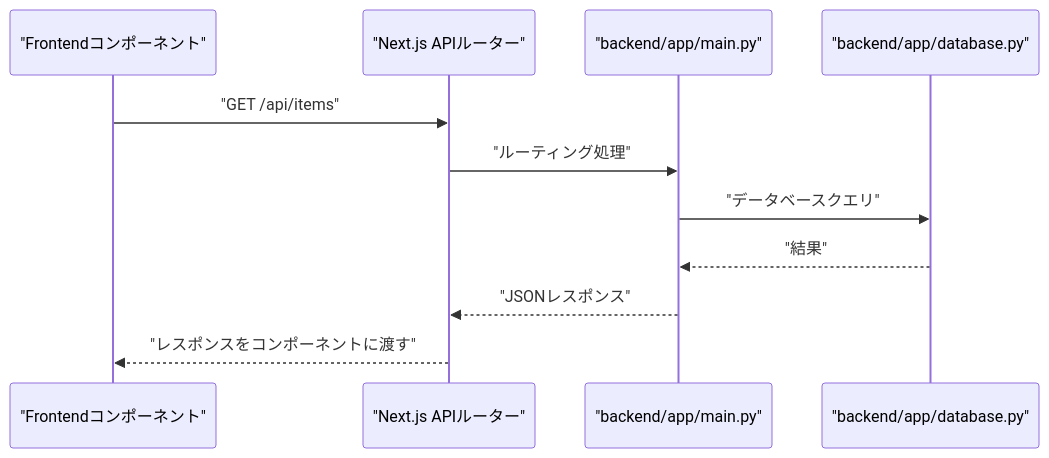
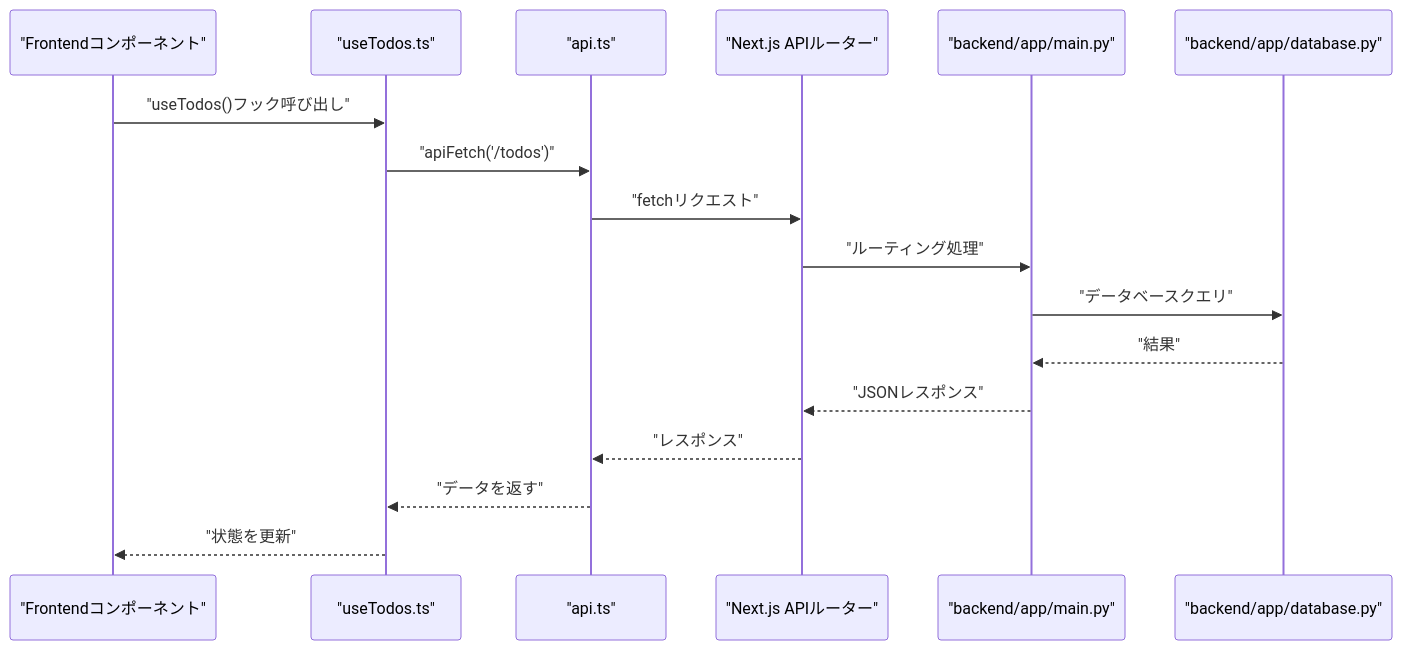
The fourth of 5 diagrams in .qoder/repowiki/ja/content/アーキテクチャ/フロントエンドアーキテクチャ.md (ss8806/Todos), drawn with Mermaid before and after one commit. The commit also changed other lines of this file and 6 other files, not shown here.

````diff
--- a/.qoder/repowiki/ja/content/アーキテクチャ/フロントエンドアーキテクチャ.md
+++ b/.qoder/repowiki/ja/content/アーキテクチャ/フロントエンドアーキテクチャ.md
@@ -199,13 +274,19 @@
 ```mermaid
 sequenceDiagram
 participant Client as "Frontendコンポーネント"
+participant Hooks as "useTodos.ts"
+participant API as "api.ts"
 participant Next as "Next.js APIルーター"
 participant FastAPI as "backend/app/main.py"
 participant DB as "backend/app/database.py"
-Client->>Next : "GET /api/items"
+Client->>Hooks : "useTodos()フック呼び出し"
+Hooks->>API : "apiFetch('/todos')"
+API->>Next : "fetchリクエスト"
 Next->>FastAPI : "ルーティング処理"
 FastAPI->>DB : "データベースクエリ"
 DB-->>FastAPI : "結果"
 FastAPI-->>Next : "JSONレスポンス"
-Next-->>Client : "レスポンスをコンポーネントに渡す"
+Next-->>API : "レスポンス"
+API-->>Hooks : "データを返す"
+Hooks-->>Client : "状態を更新"
 ```
````
